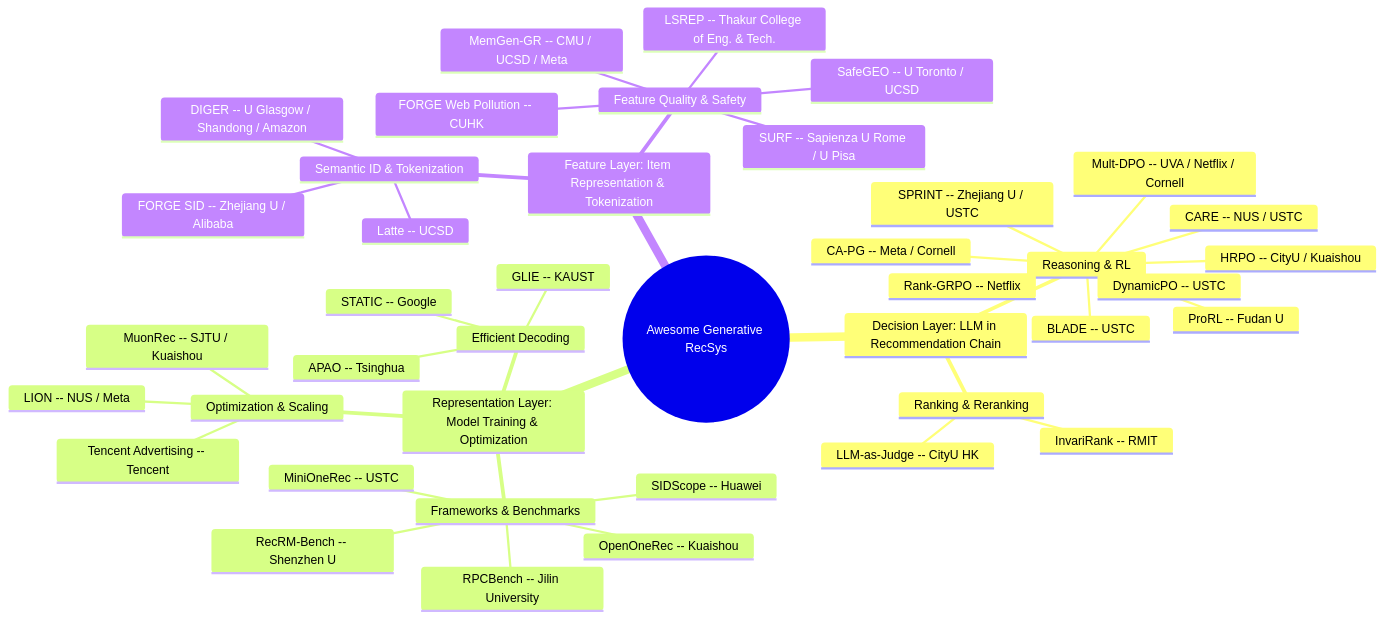
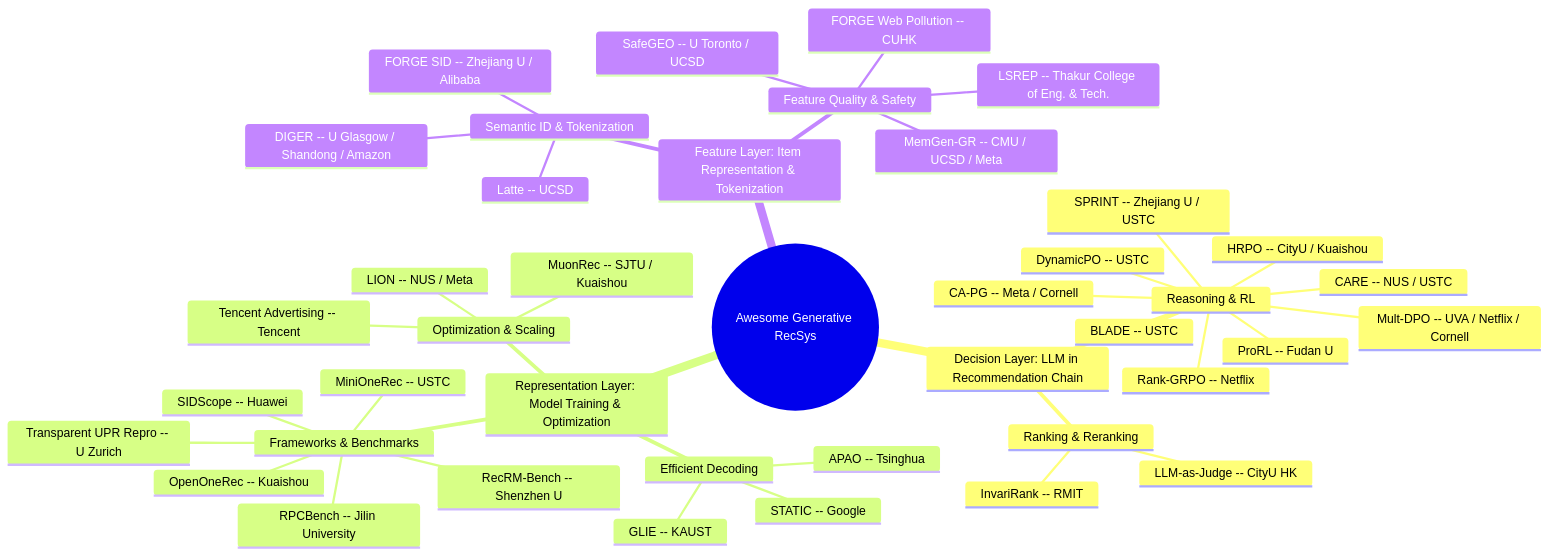
Before and after one commit to HaFred/awesome-generative-recsys: the diagram in README.md, drawn with Mermaid. The commit also changed other lines of this file and 3 other files, not shown here.

````diff
--- a/README.md
+++ b/README.md
@@ -30,44 +30,44 @@
 ```mermaid
 mindmap
   root((Awesome Generative RecSys))
     Decision Layer: LLM in Recommendation Chain
       Reasoning & RL
         Rank-GRPO -- Netflix
         DynamicPO -- USTC
         BLADE -- USTC
         SPRINT -- Zhejiang U / USTC
         CARE -- NUS / USTC
         HRPO -- CityU / Kuaishou
         Mult-DPO -- UVA / Netflix / Cornell
         CA-PG -- Meta / Cornell
         ProRL -- Fudan U
       Ranking & Reranking
         InvariRank -- RMIT
         LLM-as-Judge -- CityU HK
     Representation Layer: Model Training & Optimization
       Frameworks & Benchmarks
         MiniOneRec -- USTC
         OpenOneRec -- Kuaishou
         RecRM-Bench -- Shenzhen U
         SIDScope -- Huawei
         RPCBench -- Jilin University
+        Transparent UPR Repro -- U Zurich
       Efficient Decoding
         STATIC -- Google
         APAO -- Tsinghua
         GLIE -- KAUST
       Optimization & Scaling
         MuonRec -- SJTU / Kuaishou
         Tencent Advertising -- Tencent
         LION -- NUS / Meta
     Feature Layer: Item Representation & Tokenization
       Semantic ID & Tokenization
         Latte -- UCSD
         FORGE SID -- Zhejiang U / Alibaba
         DIGER -- U Glasgow / Shandong / Amazon
       Feature Quality & Safety
         SafeGEO -- U Toronto / UCSD
         MemGen-GR -- CMU / UCSD / Meta
         FORGE Web Pollution -- CUHK
         LSREP -- Thakur College of Eng. & Tech.
-        SURF -- Sapienza U Rome / U Pisa
 ```
````
